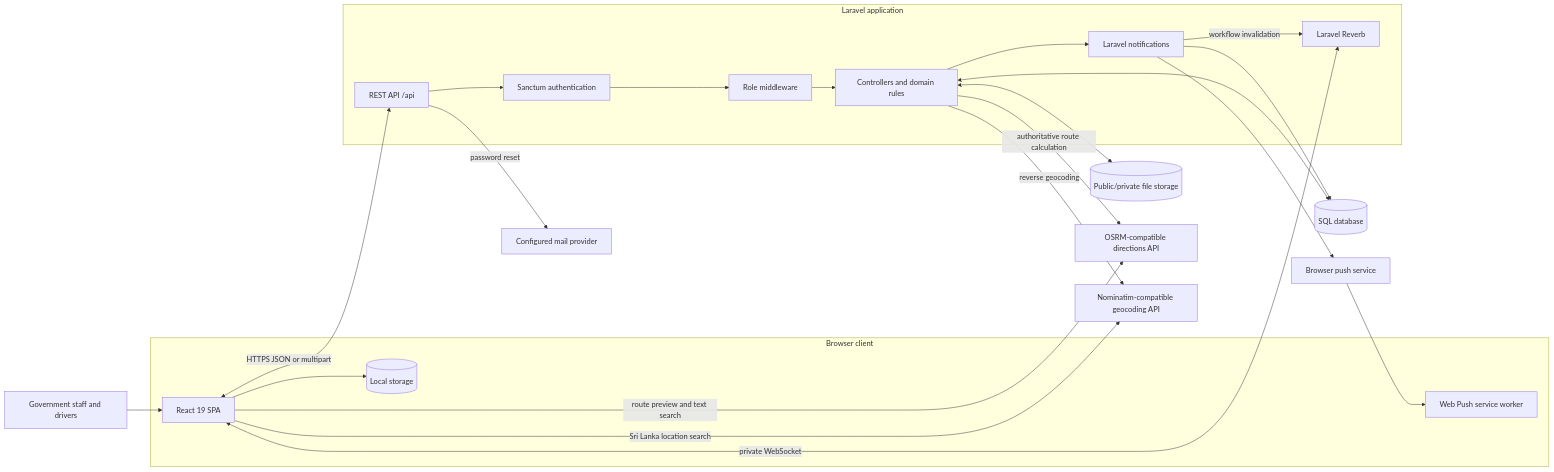
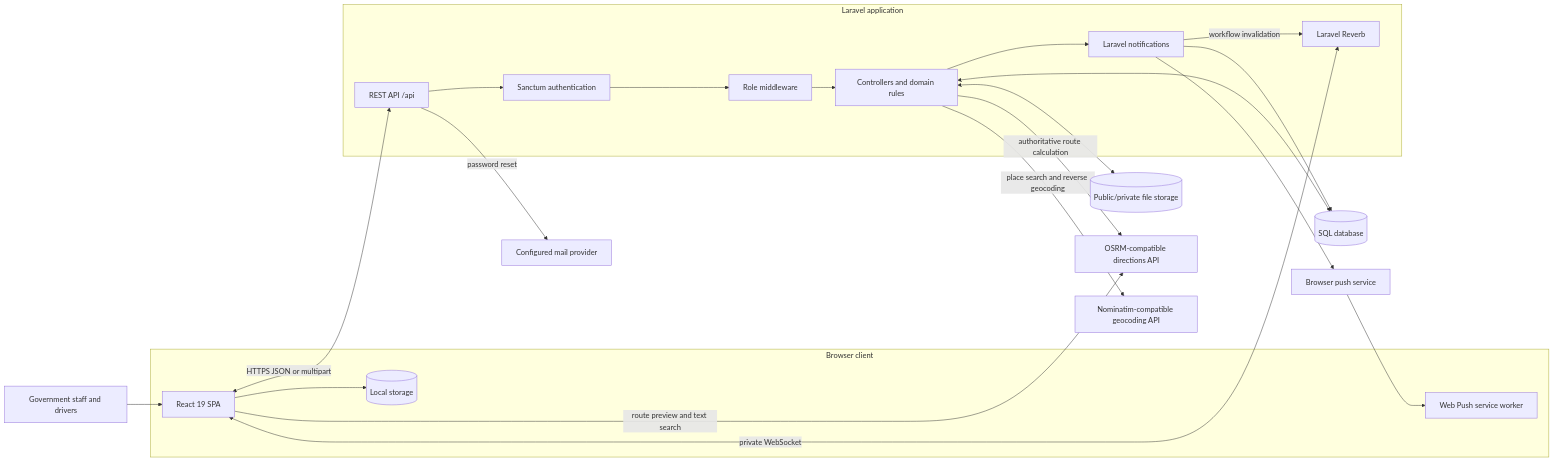
The first of 11 diagrams in SYSTEM_ARCHITECTURE.md (Chief-Ministry-Southern-Province/vehicle-management-system), drawn with Mermaid before and after one commit. The commit also changed other lines of this file and 11 other files, not shown here.

Commit message:
feat: implement multi-result Sri Lankan place search and update geocoding functionality

````diff
--- a/SYSTEM_ARCHITECTURE.md
+++ b/SYSTEM_ARCHITECTURE.md
@@ -28,43 +28,42 @@
 ```mermaid
 flowchart LR
     U[Government staff and drivers]
 
     subgraph Client[Browser client]
         SPA[React 19 SPA]
         SW[Web Push service worker]
         LS[(Local storage)]
     end
 
     subgraph Server[Laravel application]
         API[REST API /api]
         AUTH[Sanctum authentication]
         RBAC[Role middleware]
         DOMAIN[Controllers and domain rules]
         NOTIFY[Laravel notifications]
         REVERB[Laravel Reverb]
     end
 
     DB[(SQL database)]
     FILES[(Public/private file storage)]
     OSRM[OSRM-compatible directions API]
     NOM[Nominatim-compatible geocoding API]
     PUSH[Browser push service]
     MAIL[Configured mail provider]
 
     U --> SPA
     SPA <-->|HTTPS JSON or multipart| API
     SPA <-->|private WebSocket| REVERB
     SPA --> LS
     SPA -->|route preview and text search| OSRM
-    SPA -->|Sri Lanka location search| NOM
     API --> AUTH --> RBAC --> DOMAIN
     DOMAIN <--> DB
     DOMAIN <--> FILES
     DOMAIN -->|authoritative route calculation| OSRM
-    DOMAIN -->|reverse geocoding| NOM
+    DOMAIN -->|place search and reverse geocoding| NOM
     DOMAIN --> NOTIFY
     NOTIFY --> DB
     NOTIFY -->|workflow invalidation| REVERB
     NOTIFY --> PUSH --> SW
     API -->|password reset| MAIL
 ```
````
